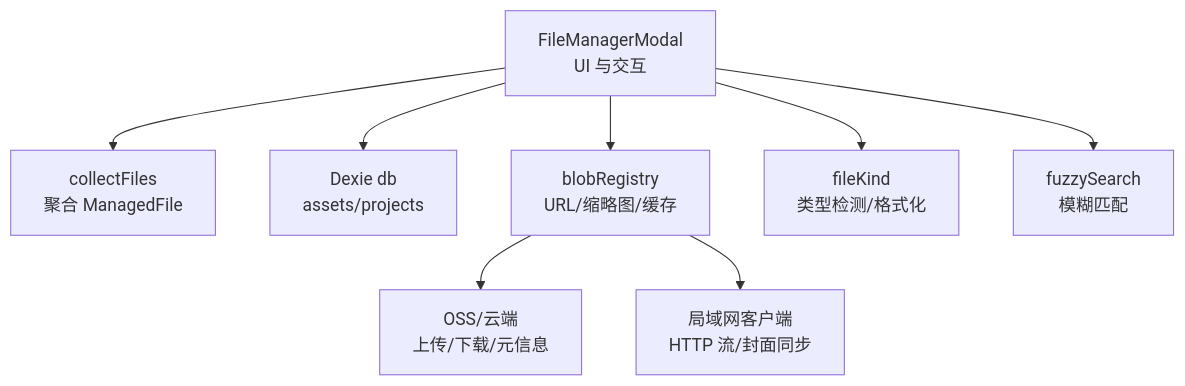
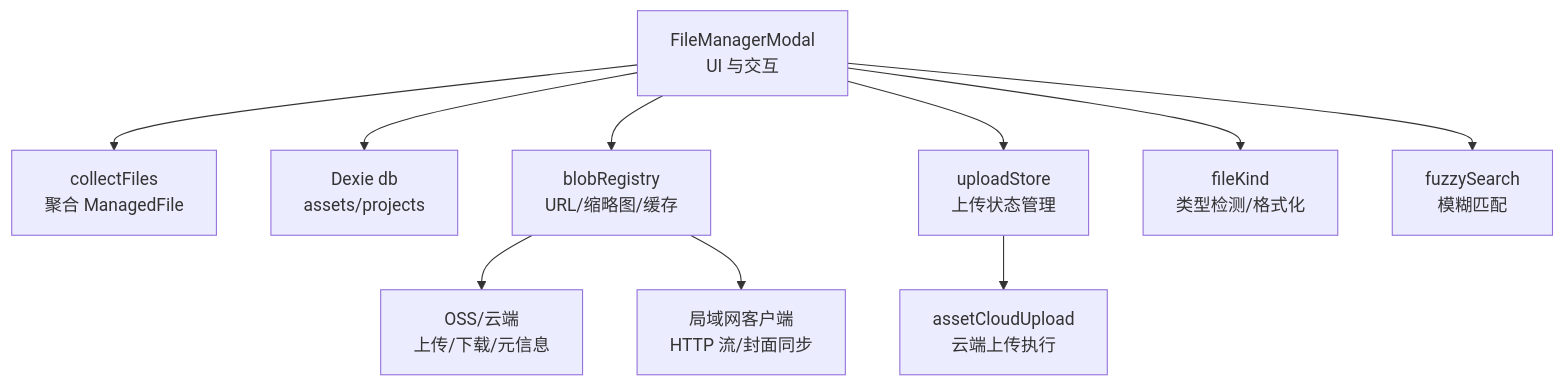
Before and after one commit to suqi-bot/SuQCanvas: the first of 8 diagrams in .qoder/repowiki/zh/content/架构设计/组件架构设计/功能组件设计/文件管理器组件.md, drawn with Mermaid. The commit also changed other lines of this file and 69 other files, not shown here.

````diff
--- a/.qoder/repowiki/zh/content/架构设计/组件架构设计/功能组件设计/文件管理器组件.md
+++ b/.qoder/repowiki/zh/content/架构设计/组件架构设计/功能组件设计/文件管理器组件.md
@@ -37,10 +51,12 @@
 ```mermaid
 graph TB
 FM["FileManagerModal<br/>UI 与交互"] --> MF["collectFiles<br/>聚合 ManagedFile"]
 FM --> DB["Dexie db<br/>assets/projects"]
 FM --> BR["blobRegistry<br/>URL/缩略图/缓存"]
+FM --> US["uploadStore<br/>上传状态管理"]
+US --> ACA["assetCloudUpload<br/>云端上传执行"]
 BR --> OSS["OSS/云端<br/>上传/下载/元信息"]
 BR --> LAN["局域网客户端<br/>HTTP 流/封面同步"]
 FM --> FS["fileKind<br/>类型检测/格式化"]
 FM --> SE["fuzzySearch<br/>模糊匹配"]
 ```
````
